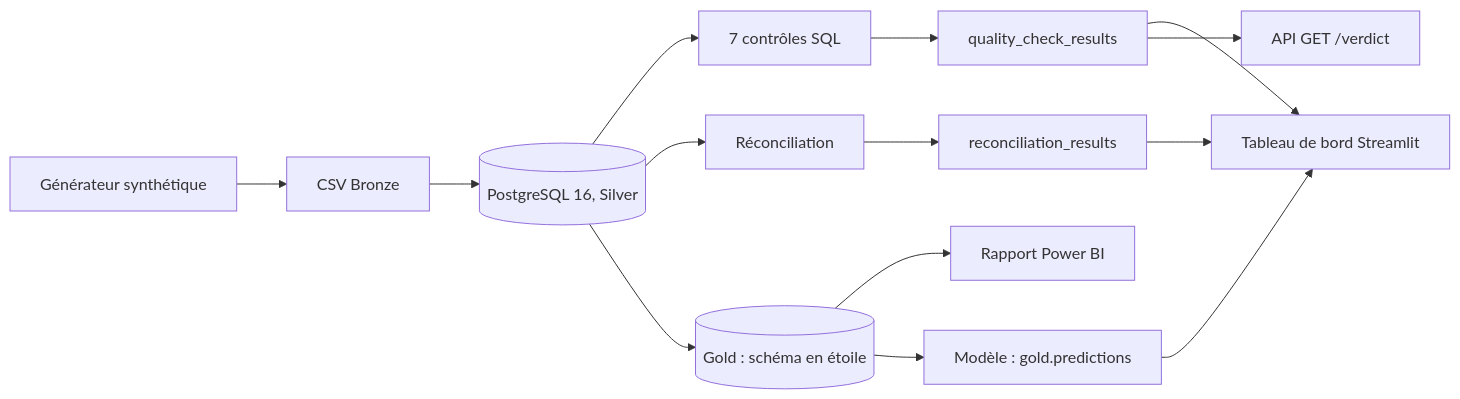
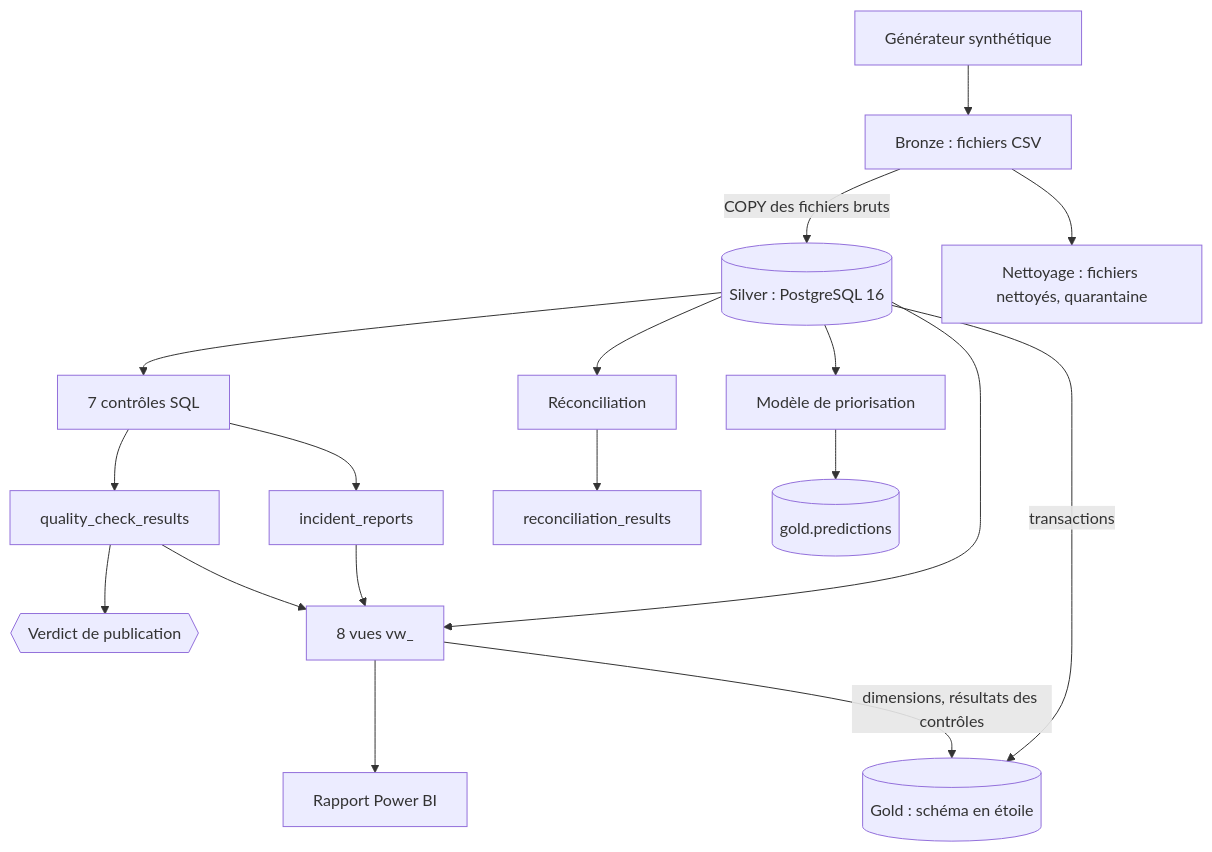
The diagram in bloc_6_project_governance/banking_dataops_monitoring/README.md (KinSushi/jedha-rncp35288-portfolio), drawn with Mermaid before and after one commit. The commit also changed other lines of this file and 108 other files, not shown here.

````diff
--- a/bloc_6_project_governance/banking_dataops_monitoring/README.md
+++ b/bloc_6_project_governance/banking_dataops_monitoring/README.md
@@ -105,16 +113,20 @@
 ```mermaid
-flowchart LR
- A[Générateur synthétique] --> B[CSV Bronze]
- B --> C[(PostgreSQL 16, Silver)]
+flowchart TB
+ A[Générateur synthétique] --> B[Bronze : fichiers CSV]
+ B -->|COPY des fichiers bruts| C[(Silver : PostgreSQL 16)]
+ B --> N[Nettoyage : fichiers nettoyés, quarantaine]
  C --> D[7 contrôles SQL]
  C --> E[Réconciliation]
  D --> F[quality_check_results]
+ D --> Q[incident_reports]
  E --> G[reconciliation_results]
- F --> H[Tableau de bord Streamlit]
- G --> H
- F --> I[API GET /verdict]
- C --> J[(Gold : schéma en étoile)]
- J --> K[Rapport Power BI]
- J --> L[Modèle : gold.predictions]
- L --> H
+ F --> V{{Verdict de publication}}
+ C --> M[Modèle de priorisation]
+ M --> P[(gold.predictions)]
+ C --> W[8 vues vw_]
+ F --> W
+ Q --> W
+ W --> K[Rapport Power BI]
+ W -->|dimensions, résultats des contrôles| J[(Gold : schéma en étoile)]
+ C -->|transactions| J
 ```
````
